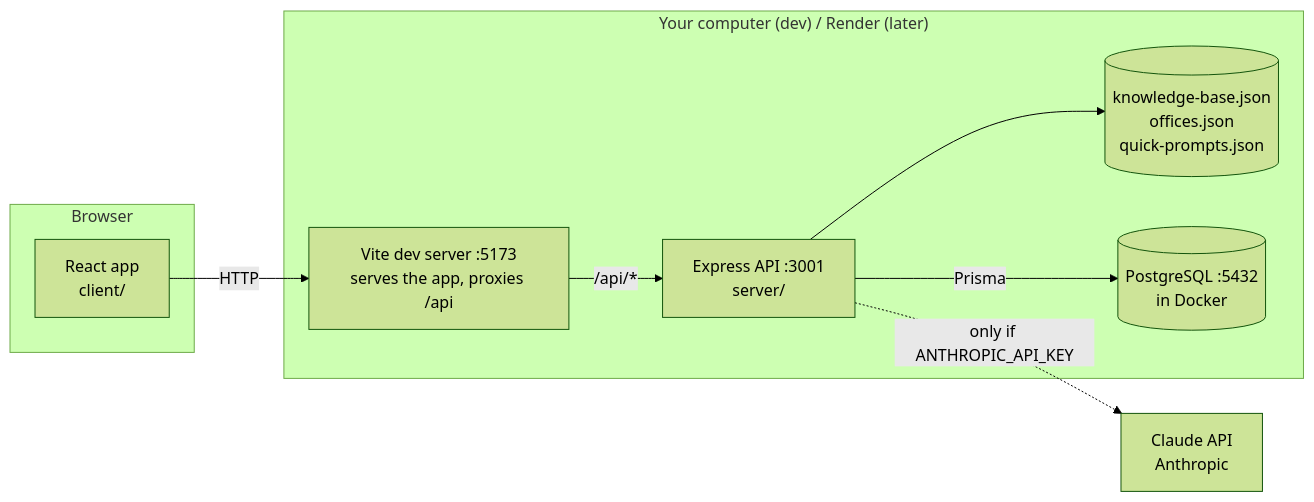
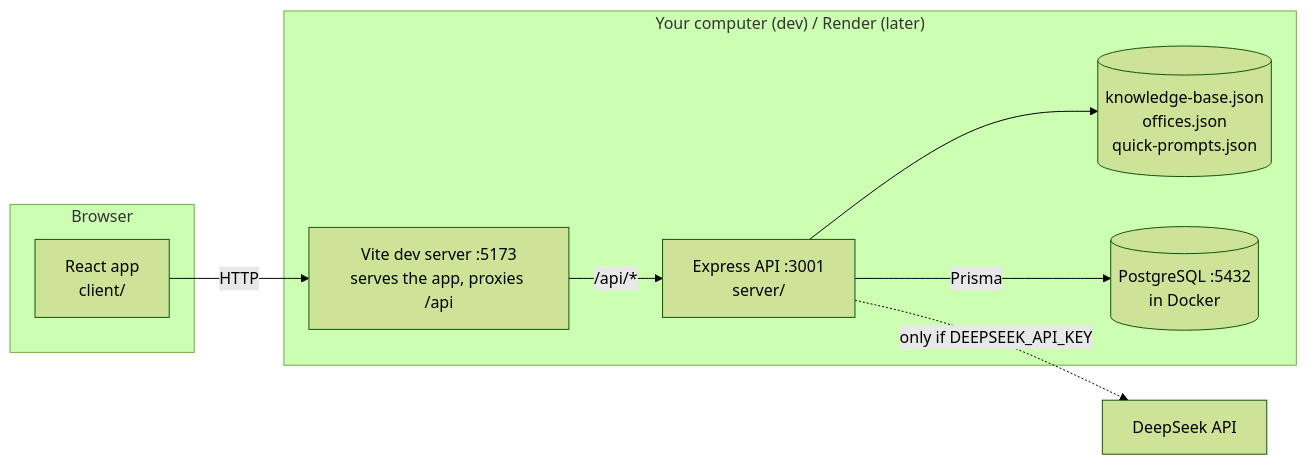
One commit to davmkh/Butch-AI changed the diagram in docs/ARCHITECTURE.md. Above: the diagram before and after it, drawn with Mermaid (forest theme). The commit also changed other lines of this file and 21 other files, not shown here.

First line of the commit message:
Switch AI provider from Anthropic to DeepSeek

````diff
--- a/docs/ARCHITECTURE.md
+++ b/docs/ARCHITECTURE.md
@@ -35,18 +35,18 @@
 ```mermaid
 flowchart LR
   subgraph Browser
     UI[React app<br/>client/]
   end
   subgraph "Your computer (dev) / Render (later)"
     V[Vite dev server :5173<br/>serves the app, proxies /api]
     API[Express API :3001<br/>server/]
     KB[(knowledge-base.json<br/>offices.json<br/>quick-prompts.json)]
     DB[(PostgreSQL :5432<br/>in Docker)]
   end
-  C[Claude API<br/>Anthropic]
+  C[DeepSeek API]
 
   UI -->|HTTP| V -->|/api/*| API
   API --> KB
   API -->|Prisma| DB
-  API -.->|only if ANTHROPIC_API_KEY| C
+  API -.->|only if DEEPSEEK_API_KEY| C
 ```
````
